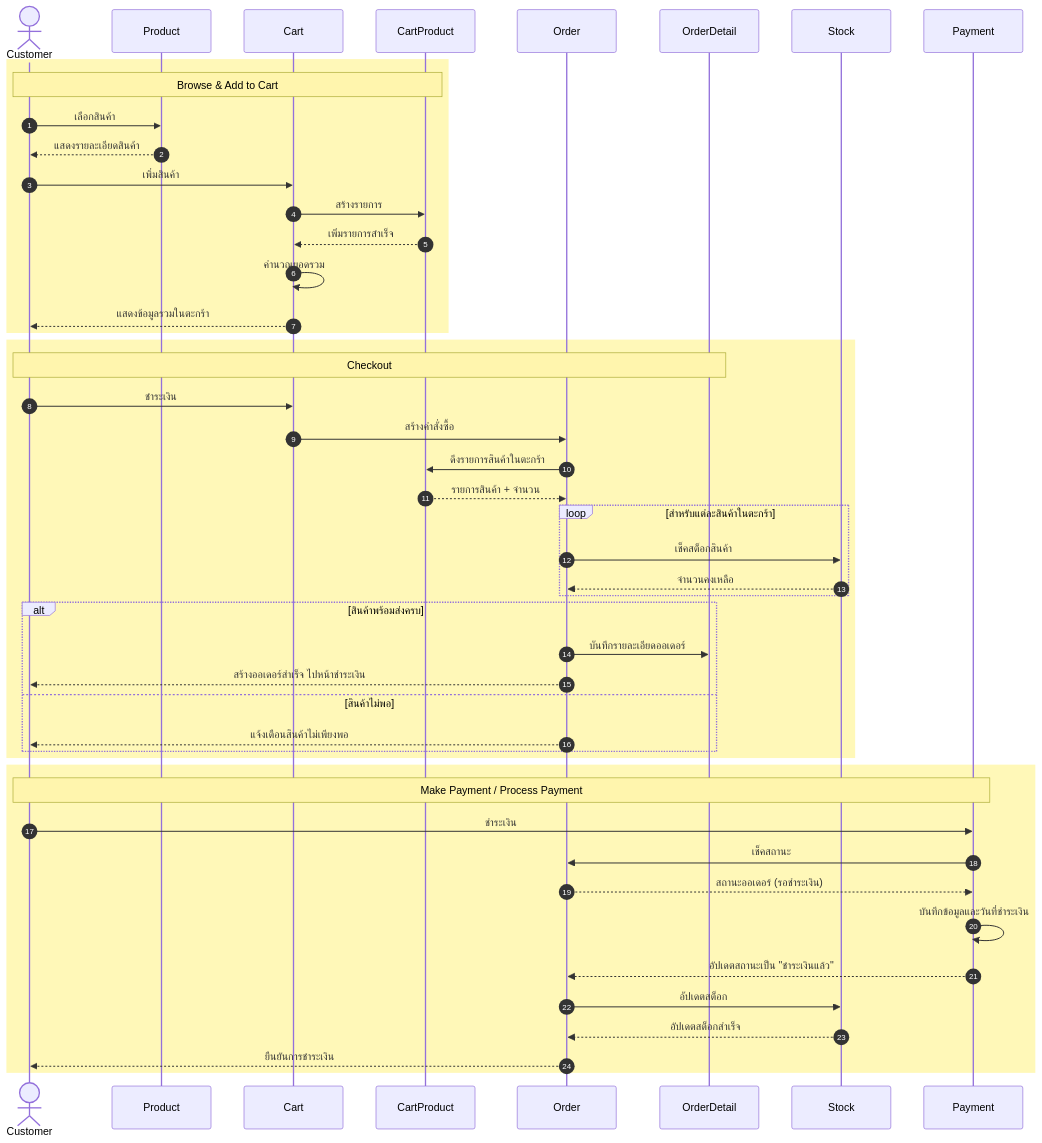
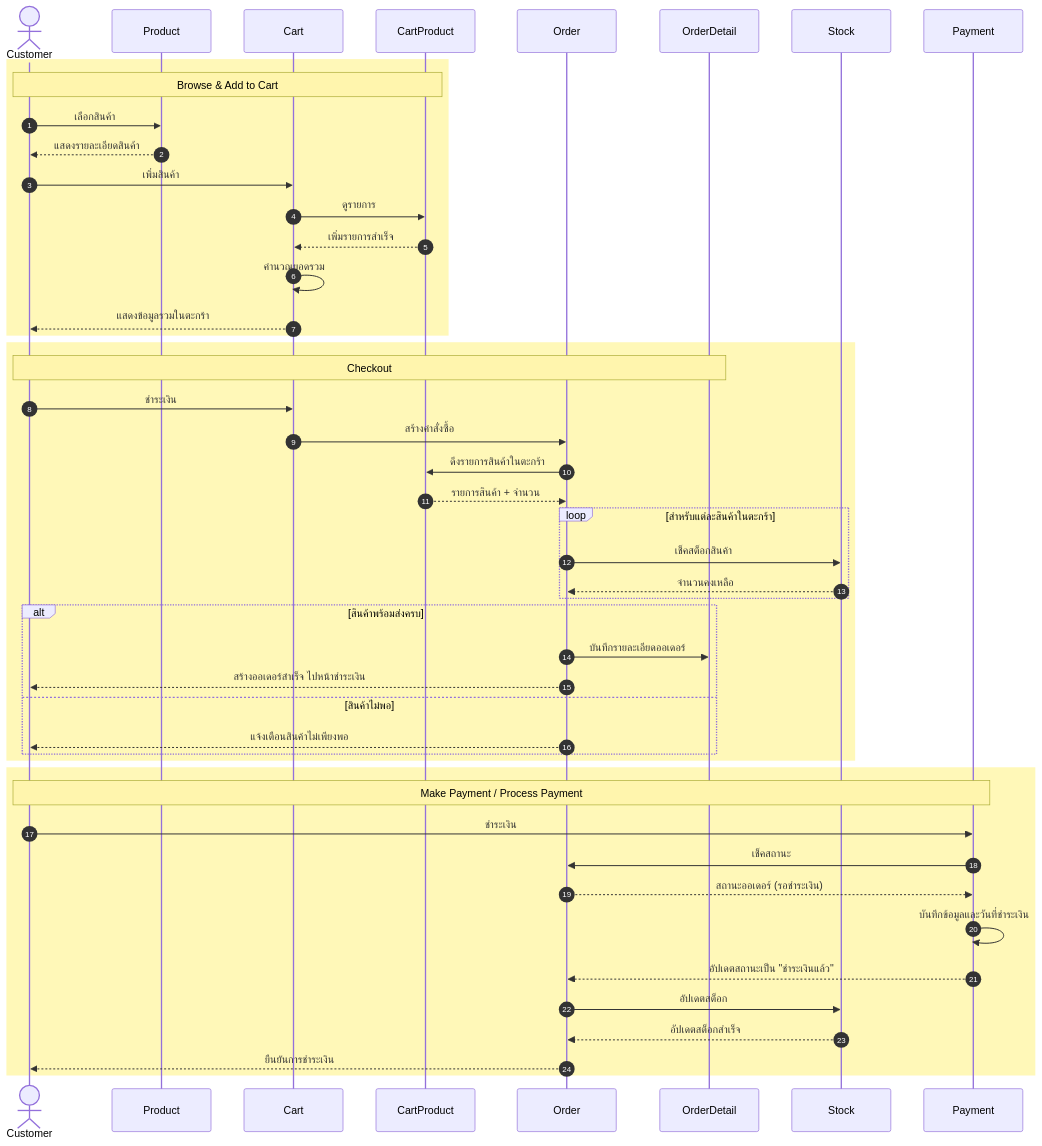
Before and after one commit to PurivatHewkao/BoardHouse: the third of 4 diagrams in README.md, drawn with Mermaid.

````diff
--- a/README.md
+++ b/README.md
@@ -308,55 +308,55 @@
 ```mermaid
 sequenceDiagram
     autonumber
     actor Customer
     participant Product
     participant Cart
     participant CartProduct
     participant Order
     participant OrderDetail
     participant Stock
     participant Payment
 
     rect rgb(255, 248, 184)
         Note over Customer,CartProduct: Browse & Add to Cart
         Customer->>Product: เลือกสินค้า
         Product-->>Customer: แสดงรายละเอียดสินค้า
         Customer->>Cart: เพิ่มสินค้า
-        Cart->>CartProduct: สร้างรายการ
+        Cart->>CartProduct: ดูรายการ
         CartProduct-->>Cart: เพิ่มรายการสำเร็จ
         Cart->>Cart: คำนวณยอดรวม
         Cart-->>Customer: แสดงข้อมูลรวมในตะกร้า
     end
 
     rect rgb(255, 248, 184)
         Note over Customer,OrderDetail: Checkout
         Customer->>Cart: ชำระเงิน
         Cart->>Order: สร้างคำสั่งซื้อ
         Order->>CartProduct: ดึงรายการสินค้าในตะกร้า
         CartProduct-->>Order: รายการสินค้า + จำนวน
 
         loop สำหรับแต่ละสินค้าในตะกร้า
             Order->>Stock: เช็คสต็อกสินค้า
             Stock-->>Order: จำนวนคงเหลือ
         end
 
         alt สินค้าพร้อมส่งครบ
             Order->>OrderDetail: บันทึกรายละเอียดออเดอร์
             Order-->>Customer: สร้างออเดอร์สำเร็จ ไปหน้าชำระเงิน
         else สินค้าไม่พอ
             Order-->>Customer: แจ้งเตือนสินค้าไม่เพียงพอ
         end
     end
 
     rect rgb(255, 248, 184)
         Note over Customer,Payment: Make Payment / Process Payment
         Customer->>Payment: ชำระเงิน
         Payment->>Order: เช็คสถานะ
         Order-->>Payment: สถานะออเดอร์ (รอชำระเงิน)
         Payment->>Payment: บันทึกข้อมูลและวันที่ชำระเงิน
         Payment-->>Order: อัปเดตสถานะเป็น "ชำระเงินแล้ว"
         Order->>Stock: อัปเดตสต็อก
         Stock-->>Order: อัปเดตสต็อกสำเร็จ
         Order-->>Customer: ยืนยันการชำระเงิน
     end
 ```
````
